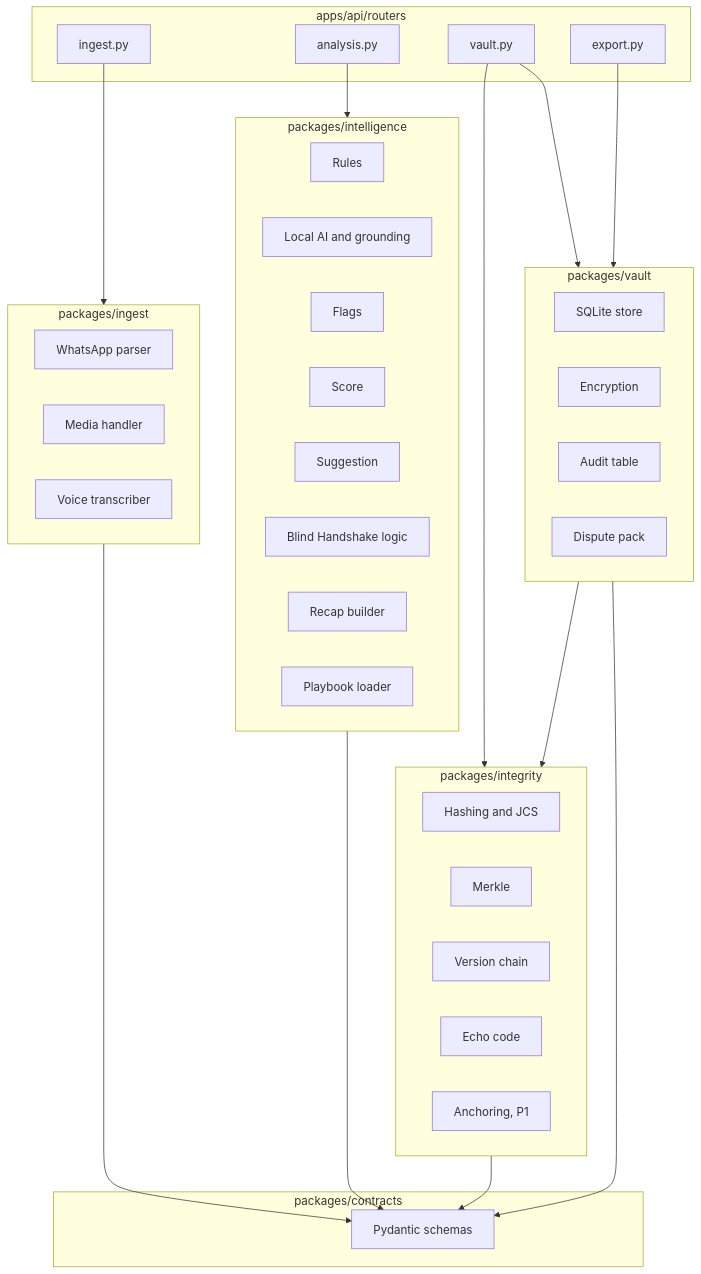
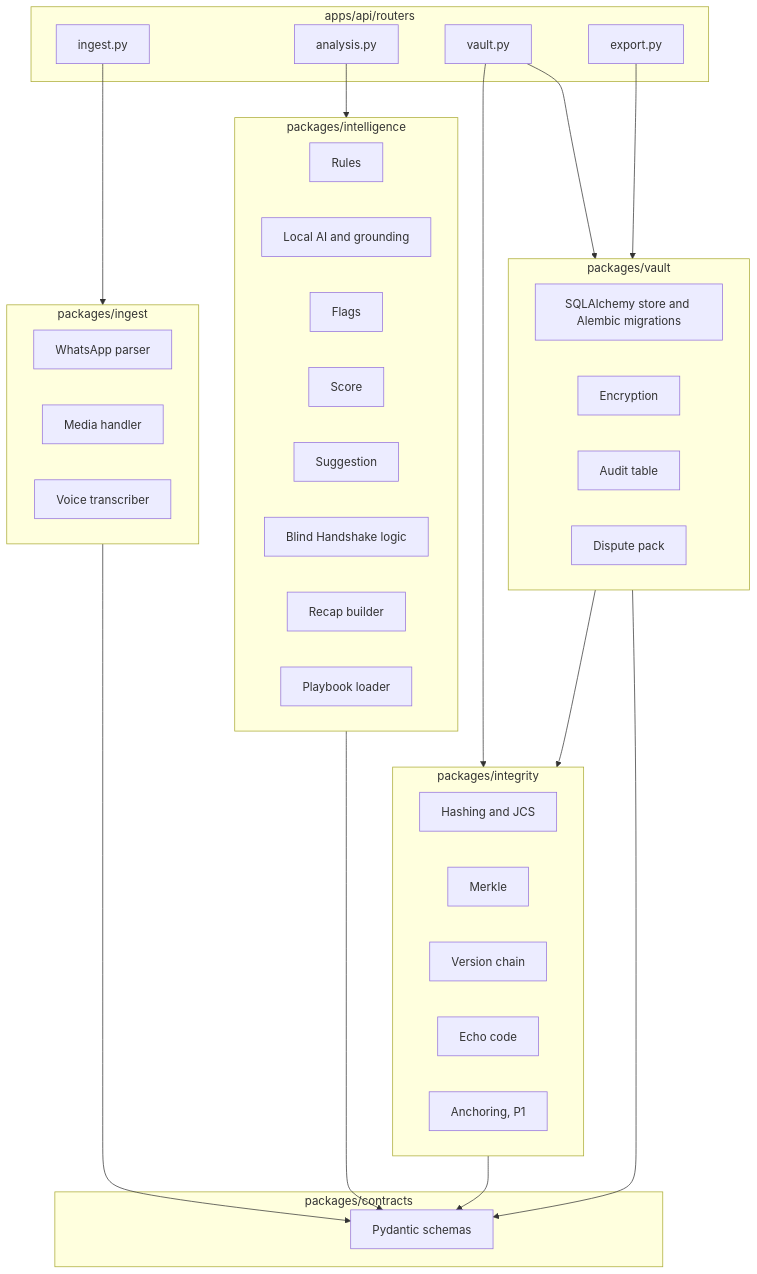
The third of 7 diagrams in docs/ARCHITECTURE.md (HARDIKSINGH150206/Veridoc), drawn with Mermaid before and after one commit. The commit also changed other lines of this file and 6 other files, not shown here.

Commit message:
docs: adopt SQLAlchemy 2.0 with Alembic and hash-named evidence files (ADR-021)

````diff
--- a/docs/ARCHITECTURE.md
+++ b/docs/ARCHITECTURE.md
@@ -74,50 +74,50 @@
 ```mermaid
 flowchart TB
   subgraph Routers["apps/api/routers"]
     R1["ingest.py"]
     R2["analysis.py"]
     R3["vault.py"]
     R4["export.py"]
   end
   subgraph Contracts["packages/contracts"]
     CT["Pydantic schemas"]
   end
   subgraph Ingest["packages/ingest"]
     P["WhatsApp parser"]
     M["Media handler"]
     V["Voice transcriber"]
   end
   subgraph Intel["packages/intelligence"]
     RU["Rules"]
     LM["Local AI and grounding"]
     FL["Flags"]
     SC["Score"]
     SG["Suggestion"]
     HS["Blind Handshake logic"]
     RC["Recap builder"]
     PB["Playbook loader"]
   end
   subgraph Integ["packages/integrity"]
     HA["Hashing and JCS"]
     MK["Merkle"]
     VC["Version chain"]
     EC["Echo code"]
     AN["Anchoring, P1"]
   end
   subgraph Vault["packages/vault"]
-    ST["SQLite store"]
+    ST["SQLAlchemy store and Alembic migrations"]
     EN["Encryption"]
     AU["Audit table"]
     DP["Dispute pack"]
   end
   R1 --> Ingest
   R2 --> Intel
   R3 --> Integ
   R3 --> Vault
   R4 --> Vault
   Ingest --> CT
   Intel --> CT
   Integ --> CT
   Vault --> CT
   Vault --> Integ
 ```
````
